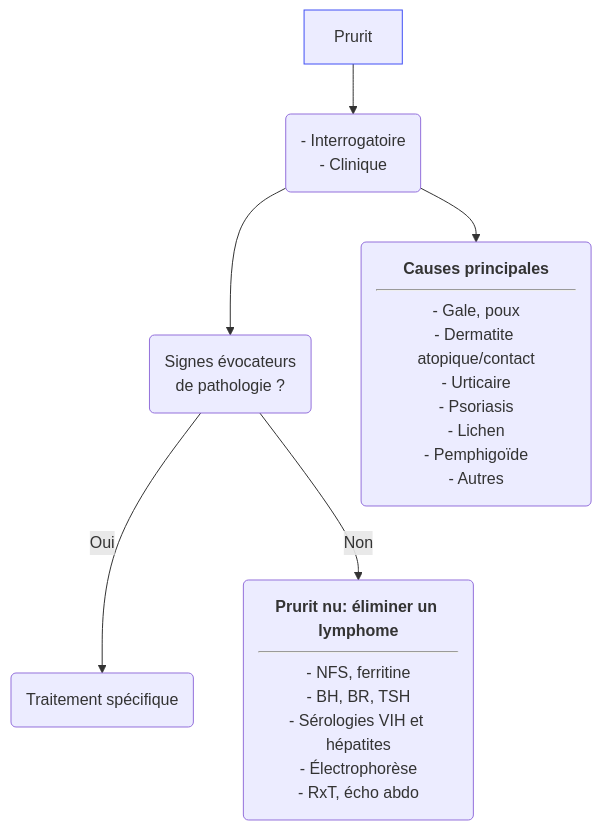
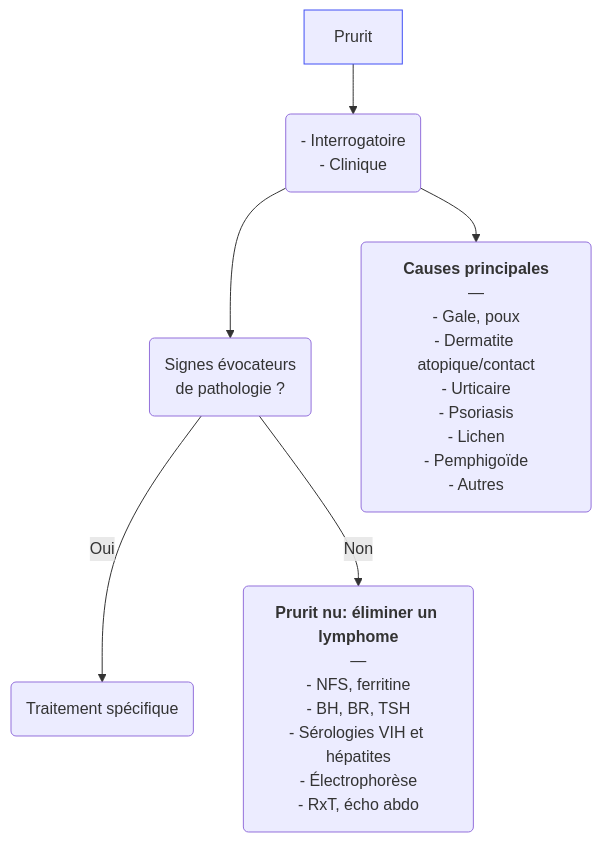
Before and after one commit to djibe/recommandations-medicales: the diagram in content/recommandations/prurit.md, drawn with Mermaid. The commit also changed 51 other files, not shown here.

```diff
--- a/content/recommandations/prurit.md
+++ b/content/recommandations/prurit.md
@@ -224,9 +224,9 @@
 {{< mermaid title="Prise en charge d'un prurit. Dr JB Fron d'après CEDEF 2021" >}}
 graph TB
   prurit[Prurit] --> examen("- Interrogatoire<br>- Clinique")
   style prurit stroke:#4150f5, stroke-width:1px
     examen --> orientation("Signes évocateurs <br>de pathologie ?")
       orientation -- Oui --> tttSpe(Traitement spécifique)
-      orientation -- Non --> bilan("<b>Prurit nu: éliminer un lymphome</b><hr>- NFS, ferritine<br>- BH, BR, TSH<br>- Sérologies VIH et hépatites<br>- Électrophorèse<br>- RxT, écho abdo")
-    examen --> etiologie("<b>Causes principales</b><hr>- Gale, poux<br>- Dermatite atopique/contact<br>- Urticaire<br>- Psoriasis<br>- Lichen<br>- Pemphigoïde<br>- Autres")
+      orientation -- Non --> bilan("<b>Prurit nu: éliminer un lymphome</b><br>—<br>- NFS, ferritine<br>- BH, BR, TSH<br>- Sérologies VIH et hépatites<br>- Électrophorèse<br>- RxT, écho abdo")
+    examen --> etiologie("<b>Causes principales</b><br>—<br>- Gale, poux<br>- Dermatite atopique/contact<br>- Urticaire<br>- Psoriasis<br>- Lichen<br>- Pemphigoïde<br>- Autres")
 {{< /mermaid >}}
```
